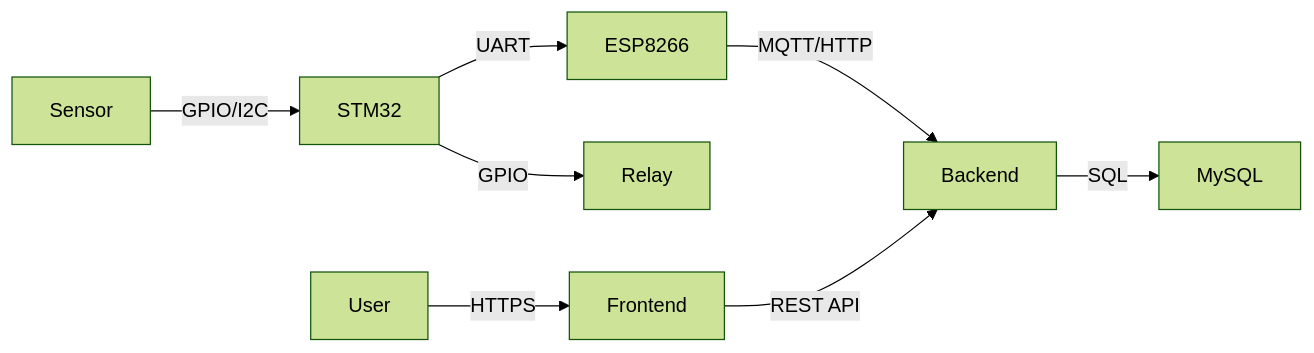
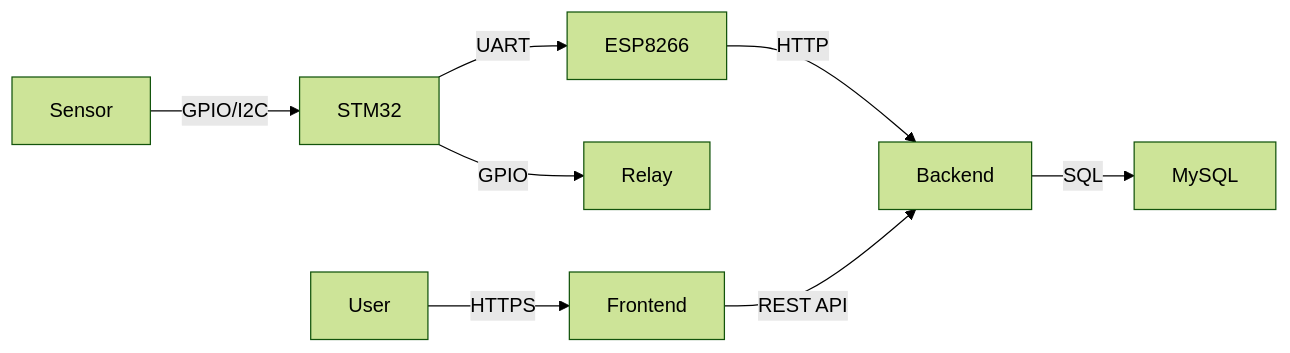
Before and after one commit to jostran1406/Phase_2_Group_11: the ninth of 9 diagrams in docs/architecture/backend.md, drawn with Mermaid (forest theme). The commit also changed other lines of this file and 2 other files, not shown here.

Commit message:
add Dashboard API and update system data flows

````diff
--- a/docs/architecture/backend.md
+++ b/docs/architecture/backend.md
@@ -217,17 +239,17 @@
 ```mermaid
 graph LR
 
 Sensor -- GPIO/I2C --> STM32
 
 STM32 -- UART --> ESP8266
 
-ESP8266 -- MQTT/HTTP --> Backend
+ESP8266 -- HTTP --> Backend
 
 Backend -- SQL --> MySQL
 
 Frontend -- REST API --> Backend
 
 User -- HTTPS --> Frontend
 
 STM32 -- GPIO --> Relay
 ```
````
